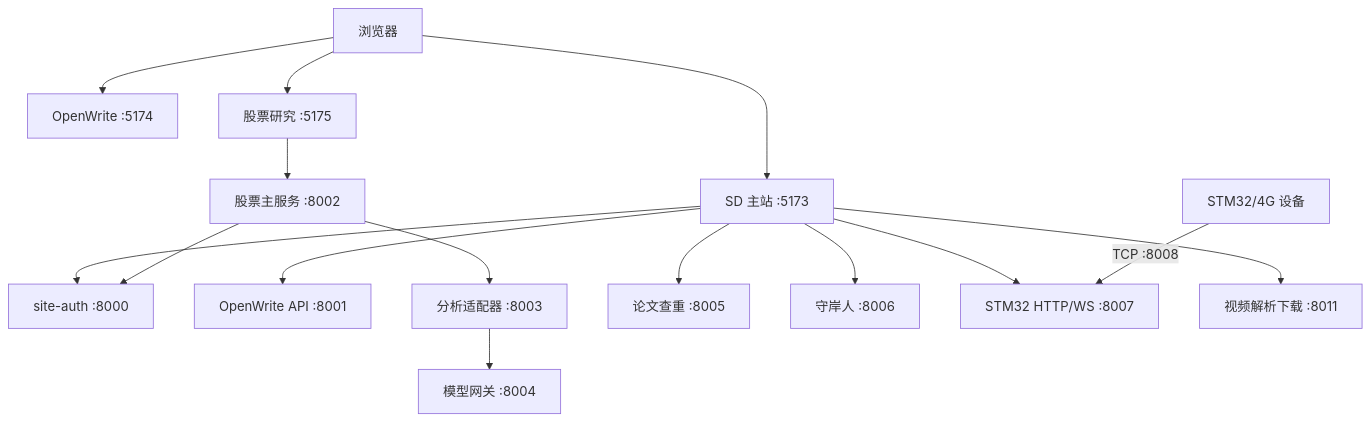
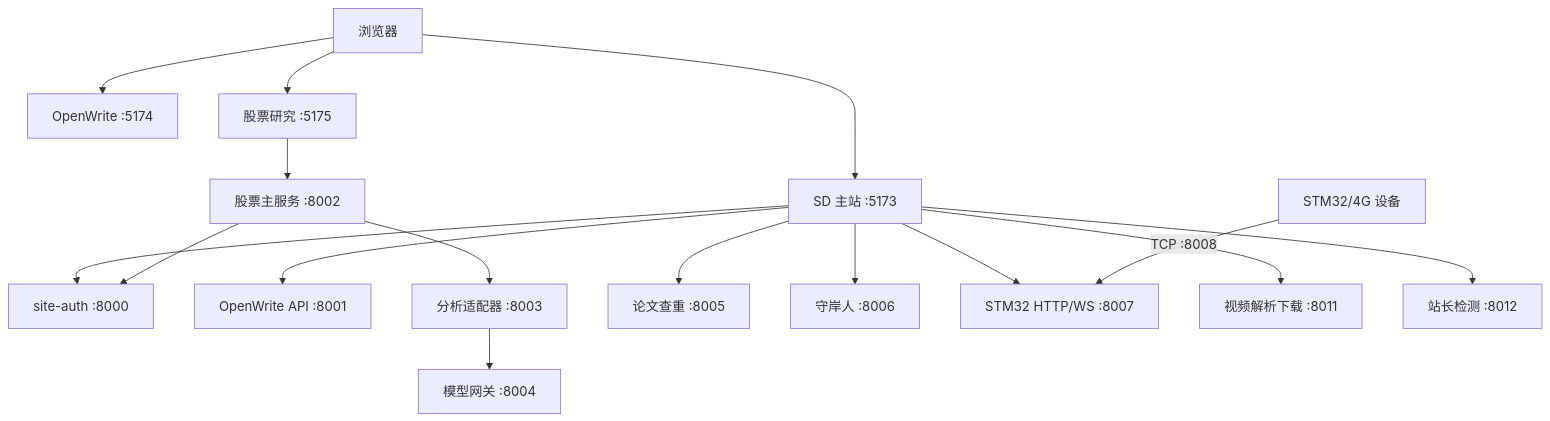
One commit to yunxigy/Star-Dominion changed the diagram in README.md. Above: the diagram before and after it, drawn with Mermaid. The commit also changed other lines of this file and 26 other files, not shown here.

````diff
--- a/README.md
+++ b/README.md
@@ -205,18 +207,19 @@
 ```mermaid
 flowchart TB
     Browser["浏览器"] --> SD["SD 主站 :5173"]
     Browser --> OWUI["OpenWrite :5174"]
     Browser --> StockUI["股票研究 :5175"]
 
     SD --> Auth["site-auth :8000"]
     SD --> OpenWrite["OpenWrite API :8001"]
     StockUI --> StockHub["股票主服务 :8002"]
     StockHub --> Auth
     StockHub --> Analysis["分析适配器 :8003"]
     Analysis --> Gateway["模型网关 :8004"]
     SD --> Plagiarism["论文查重 :8005"]
     SD --> ShouAnRen["守岸人 :8006"]
     SD --> STM32["STM32 HTTP/WS :8007"]
     SD --> Video["视频解析下载 :8011"]
+    SD --> Webmaster["站长检测 :8012"]
     Device["STM32/4G 设备"] -->|"TCP :8008"| STM32
 ```
````
